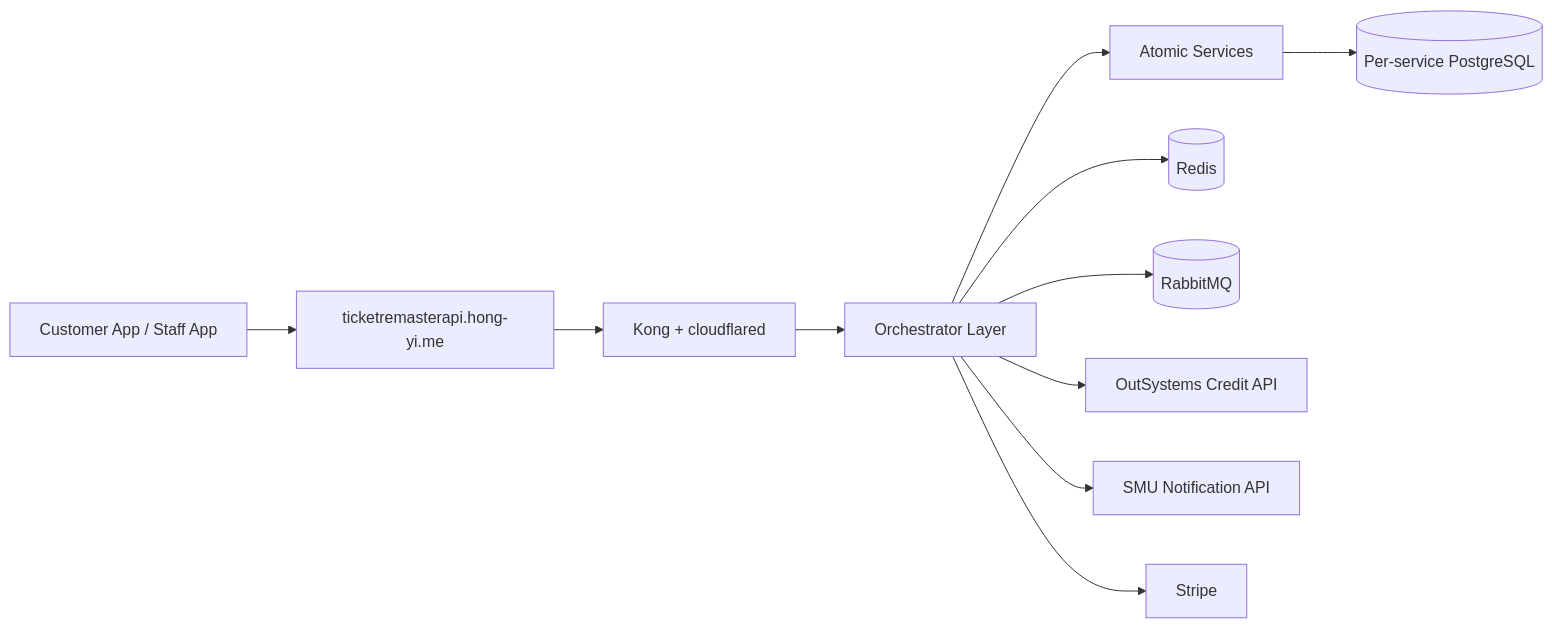
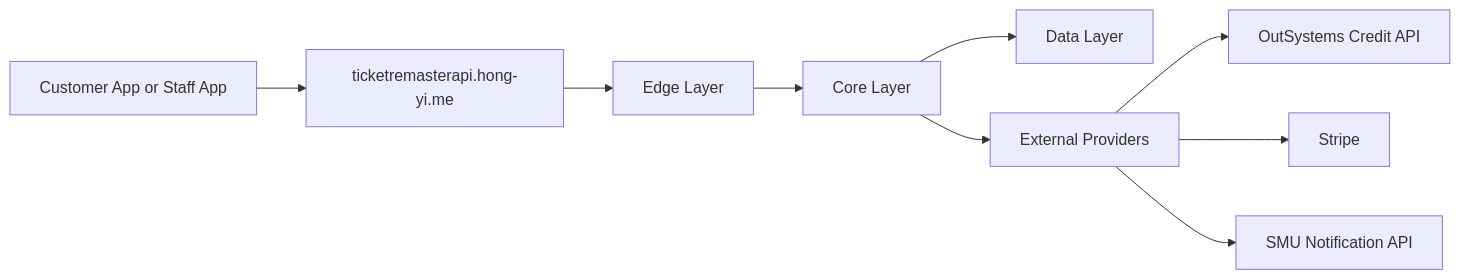
Before and after one commit to bryanseah234/ticketremaster-b: the first of 2 diagrams in PRD.md, drawn with Mermaid. The commit also changed other lines of this file and 18 other files, not shown here.

````diff
--- a/PRD.md
+++ b/PRD.md
@@ -9,13 +19,12 @@
 ```mermaid
 flowchart LR
-    Browser[Customer App / Staff App] --> PublicAPI[ticketremasterapi.hong-yi.me]
-    PublicAPI --> Edge[Kong + cloudflared]
-    Edge --> Orch[Orchestrator Layer]
-    Orch --> Services[Atomic Services]
-    Orch --> Redis[(Redis)]
-    Orch --> Rabbit[(RabbitMQ)]
-    Services --> Databases[(Per-service PostgreSQL)]
-    Orch --> CreditAPI[OutSystems Credit API]
-    Orch --> OTP[SMU Notification API]
-    Orch --> Stripe[Stripe]
+    Client[Customer App or Staff App] --> PublicAPI[ticketremasterapi.hong-yi.me]
+    PublicAPI --> Edge[Edge Layer]
+    Edge --> Core[Core Layer]
+    Core --> Data[Data Layer]
+    Core --> External[External Providers]
+
+    External --> CreditAPI[OutSystems Credit API]
+    External --> Stripe[Stripe]
+    External --> SMU[SMU Notification API]
 ```
````
